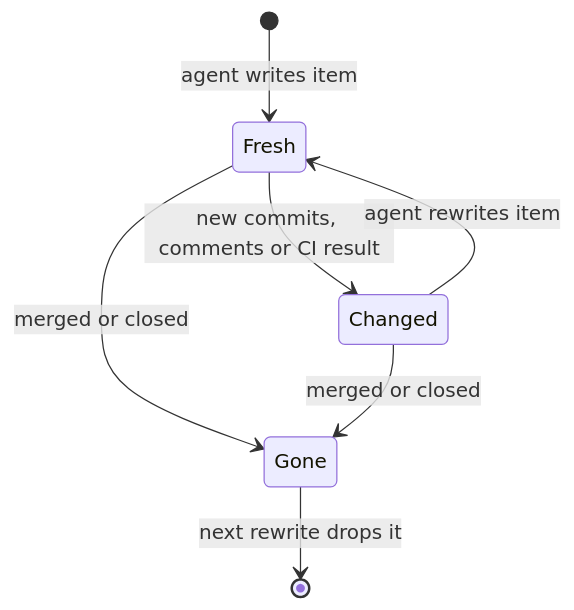
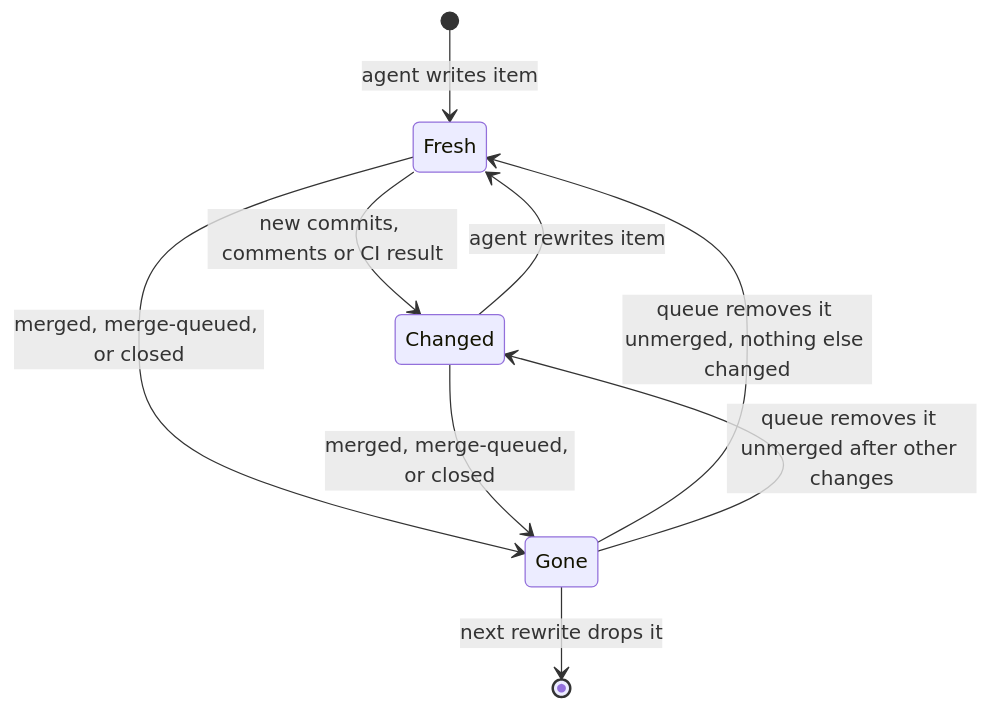
One commit to kenn-io/forge changed the first of 3 diagrams in context/worklists.md. Above: the diagram before and after it, drawn with Mermaid. The commit also changed other lines of this file and 20 other files, not shown here.

First line of the commit message:
fix(worklists): stop showing merge-queued pull requests as open work (#1769)

````diff
--- a/context/worklists.md
+++ b/context/worklists.md
@@ -42,9 +44,11 @@
 ```mermaid
 stateDiagram-v2
   [*] --> Fresh: agent writes item
   Fresh --> Changed: new commits, comments or CI result
   Changed --> Fresh: agent rewrites item
-  Fresh --> Gone: merged or closed
-  Changed --> Gone: merged or closed
+  Fresh --> Gone: merged, merge-queued, or closed
+  Changed --> Gone: merged, merge-queued, or closed
+  Gone --> Fresh: queue removes it unmerged, nothing else changed
+  Gone --> Changed: queue removes it unmerged after other changes
   Gone --> [*]: next rewrite drops it
 ```
````
